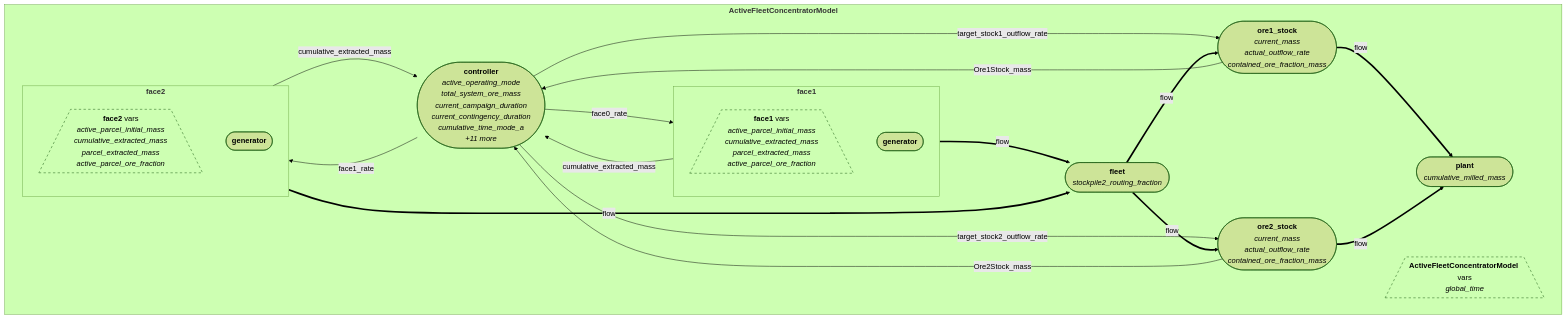
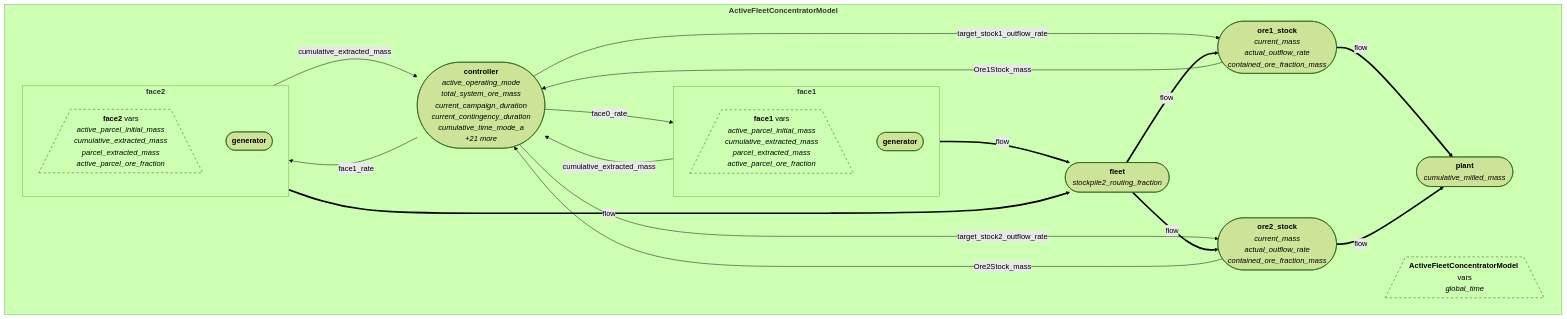
Before and after one commit to epicgamer17/mining-drs: the diagram in Concentrator_Module_Graph_Equal_Allocation.md, drawn with Mermaid (forest theme). The commit also changed other lines of this file and 3 other files, not shown here.

````diff
--- a/Concentrator_Module_Graph_Equal_Allocation.md
+++ b/Concentrator_Module_Graph_Equal_Allocation.md
@@ -22,36 +22,36 @@
 ```mermaid
 flowchart TD
 subgraph root["<b>ActiveFleetConcentratorModel</b>"]
     root_vars[/"<b>ActiveFleetConcentratorModel</b> vars<br><i>global_time</i>"\]
     style root_vars fill:transparent,stroke-dasharray: 5 5
     subgraph face1["<b>face1</b>"]
         face1_vars[/"<b>face1</b> vars<br><i>active_parcel_initial_mass</i><br><i>cumulative_extracted_mass</i><br><i>parcel_extracted_mass</i><br><i>active_parcel_ore_fraction</i>"\]
         style face1_vars fill:transparent,stroke-dasharray: 5 5
         face1_generator(["<b>generator</b>"])
     end
     subgraph face2["<b>face2</b>"]
         face2_vars[/"<b>face2</b> vars<br><i>active_parcel_initial_mass</i><br><i>cumulative_extracted_mass</i><br><i>parcel_extracted_mass</i><br><i>active_parcel_ore_fraction</i>"\]
         style face2_vars fill:transparent,stroke-dasharray: 5 5
         face2_generator(["<b>generator</b>"])
     end
     fleet(["<b>fleet</b><br><i>stockpile2_routing_fraction</i>"])
     ore1_stock(["<b>ore1_stock</b><br><i>current_mass</i><br><i>actual_outflow_rate</i><br><i>contained_ore_fraction_mass</i>"])
     ore2_stock(["<b>ore2_stock</b><br><i>current_mass</i><br><i>actual_outflow_rate</i><br><i>contained_ore_fraction_mass</i>"])
     plant(["<b>plant</b><br><i>cumulative_milled_mass</i>"])
-    controller(["<b>controller</b><br><i>active_operating_mode</i><br><i>total_system_ore_mass</i><br><i>current_campaign_duration</i><br><i>current_contingency_duration</i><br><i>cumulative_time_mode_a</i><br><i>+11 more</i>"])
+    controller(["<b>controller</b><br><i>active_operating_mode</i><br><i>total_system_ore_mass</i><br><i>current_campaign_duration</i><br><i>current_contingency_duration</i><br><i>cumulative_time_mode_a</i><br><i>+21 more</i>"])
 end
     controller -->|face0_rate| face1
     controller -->|face1_rate| face2
     controller -->|target_stock1_outflow_rate| ore1_stock
     controller -->|target_stock2_outflow_rate| ore2_stock
     face1 -->|cumulative_extracted_mass| controller
     face2 -->|cumulative_extracted_mass| controller
     ore1_stock -->|Ore1Stock_mass| controller
     ore2_stock -->|Ore2Stock_mass| controller
     face1 ==>|flow| fleet
     face2 ==>|flow| fleet
     fleet ==>|flow| ore1_stock
     fleet ==>|flow| ore2_stock
     ore1_stock ==>|flow| plant
     ore2_stock ==>|flow| plant
 ```
````
